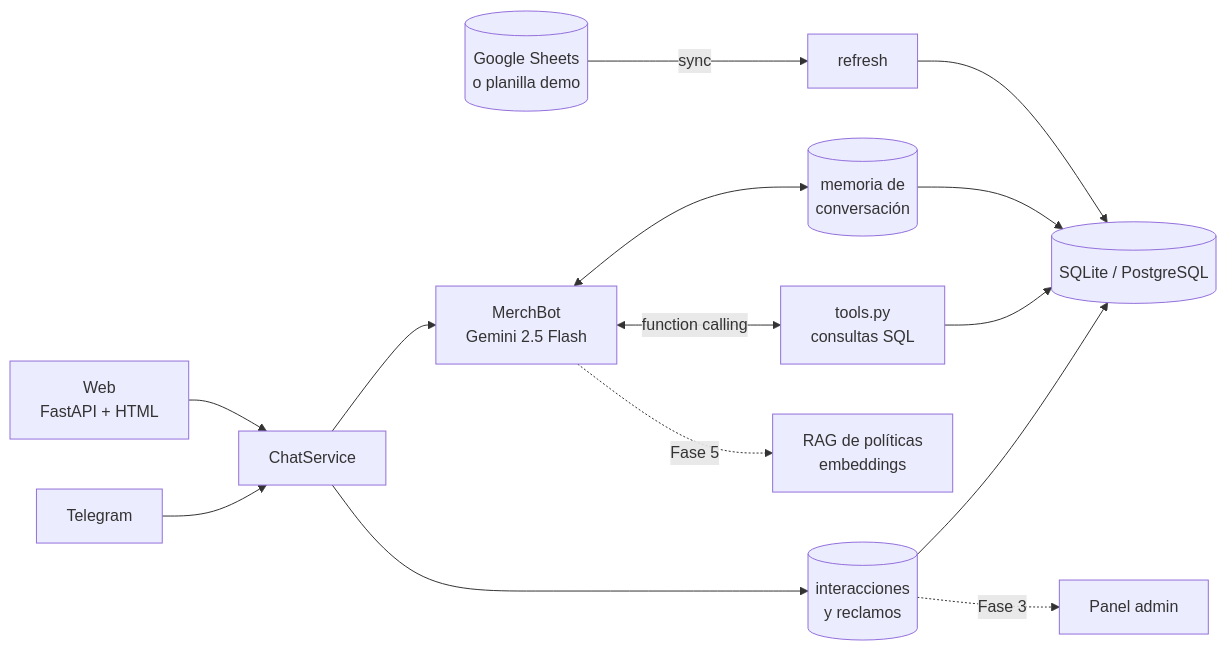
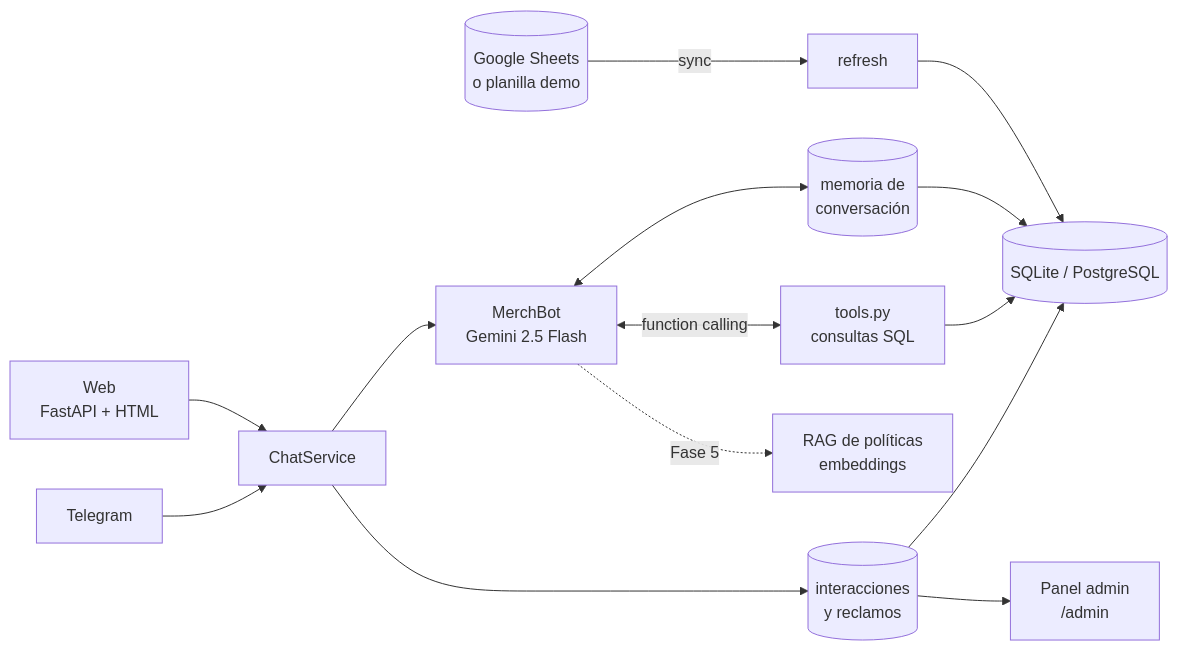
One commit to agustinvignau/merchbot changed the diagram in README.md. Above: the diagram before and after it, drawn with Mermaid. The commit also changed other lines of this file and 3 other files, not shown here.

````diff
--- a/README.md
+++ b/README.md
@@ -80,18 +88,18 @@
 ```mermaid
 flowchart LR
     GS[(Google Sheets<br/>o planilla demo)] -->|sync| SY[refresh]
     SY --> DB[(SQLite / PostgreSQL)]
 
     WEB[Web<br/>FastAPI + HTML] --> CS[ChatService]
     TG[Telegram] --> CS
 
     CS --> BOT[MerchBot<br/>Gemini 2.5 Flash]
     BOT <--> MEM[(memoria de<br/>conversación)]
     MEM --> DB
     CS --> LOG[(interacciones<br/>y reclamos)]
     LOG --> DB
     BOT <-->|function calling| TOOLS[tools.py<br/>consultas SQL]
     TOOLS --> DB
     BOT -.->|Fase 5| RAG[RAG de políticas<br/>embeddings]
-    LOG -.->|Fase 3| ADM[Panel admin]
+    LOG --> ADM[Panel admin<br/>/admin]
 ```
````
